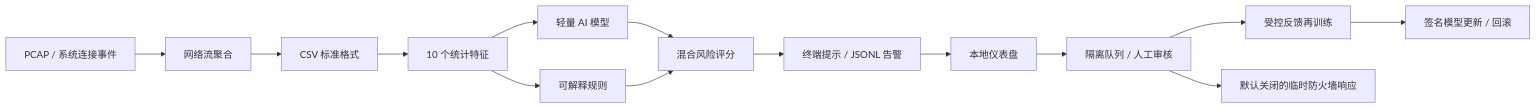
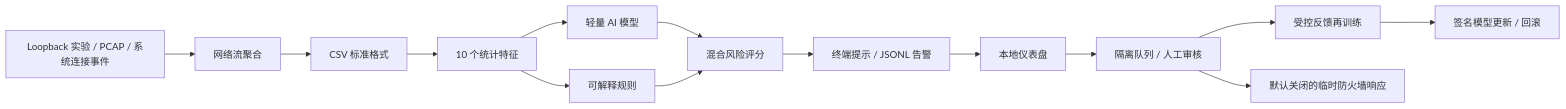
Before and after one commit to heartofiron-dev/ai-firewall: the diagram in README.md, drawn with Mermaid. The commit also changed other lines of this file and 2 other files, not shown here.

Commit message:
Release v1.1.0 loopback lab metadata

````diff
--- a/README.md
+++ b/README.md
@@ -37,16 +38,16 @@
 ```mermaid
 flowchart LR
-    A[PCAP / 系统连接事件] --> B[网络流聚合]
+    A[Loopback 实验 / PCAP / 系统连接事件] --> B[网络流聚合]
     B --> C[CSV 标准格式]
     C --> D[10 个统计特征]
     D --> E[轻量 AI 模型]
     D --> F[可解释规则]
     E --> G[混合风险评分]
     F --> G
     G --> H[终端提示 / JSONL 告警]
     H --> K[本地仪表盘]
     K --> I[隔离队列 / 人工审核]
     I --> L[受控反馈再训练]
     I --> J[默认关闭的临时防火墙响应]
     L --> M[签名模型更新 / 回滚]
 ```
````
